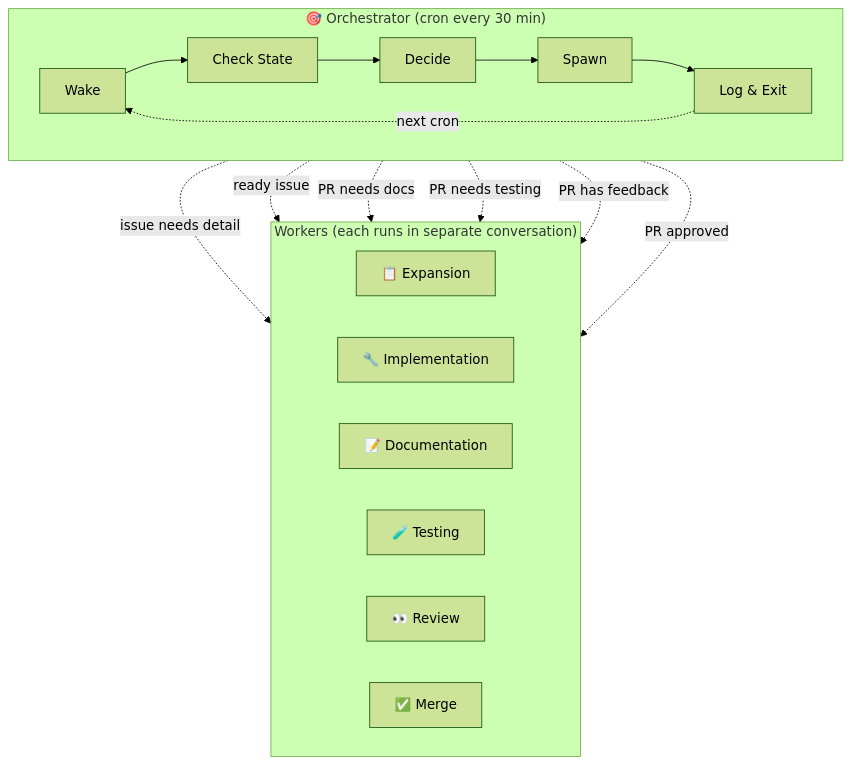
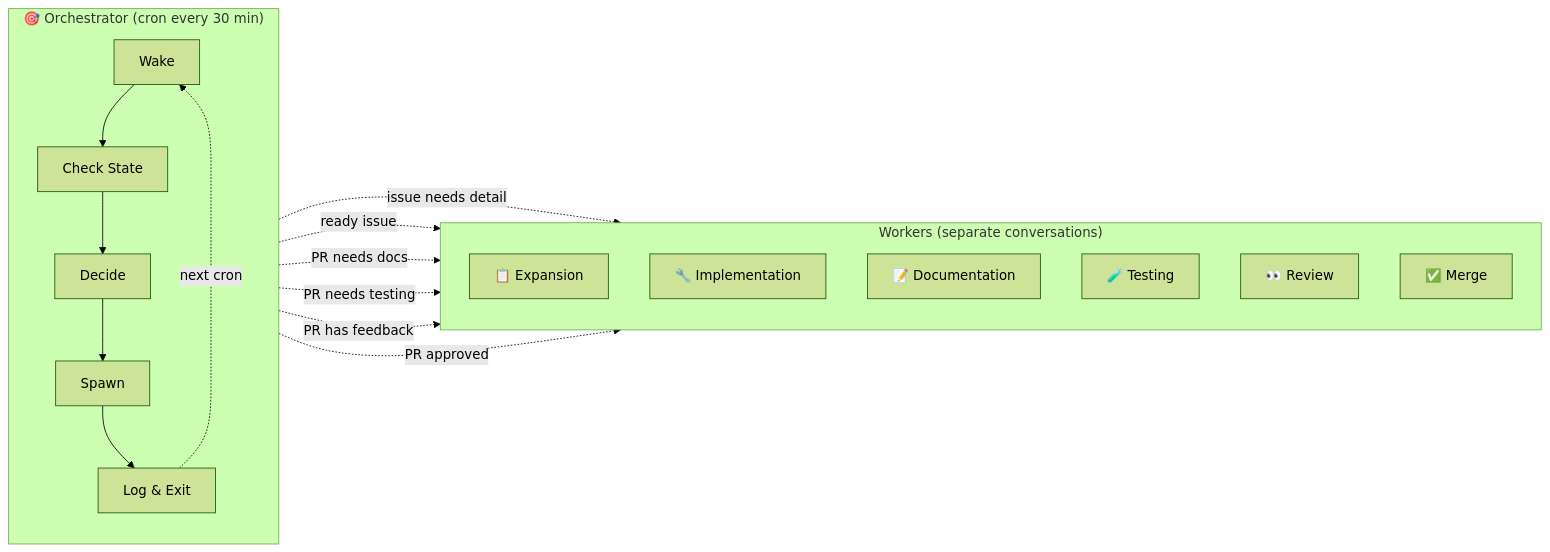
One commit to jpshackelford/.openhands changed the first of 3 diagrams in plugins/ohtv-workflow/README.md. Above: the diagram before and after it, drawn with Mermaid (forest theme).

Commit message:
fix: Orchestrator top-left, Workers right-bottom
- flowchart LR puts Orch left, Workers right
- direction TB inside each subgraph stacks items vertically
- Orch cycle flows top-to-bottom with cron loop
- Spawn connects to all workers on the right

````diff
--- a/plugins/ohtv-workflow/README.md
+++ b/plugins/ohtv-workflow/README.md
@@ -7,26 +7,30 @@
 ```mermaid
-flowchart TB
+flowchart LR
     subgraph Orch["🎯 Orchestrator (cron every 30 min)"]
-        direction LR
-        wake["Wake"] --> check["Check State"] --> decide["Decide"] --> spawn["Spawn"] --> log["Log & Exit"]
+        direction TB
+        wake["Wake"]
+        check["Check State"]
+        decide["Decide"]
+        spawn["Spawn"]
+        log["Log & Exit"]
+        wake --> check --> decide --> spawn --> log
+        log -.->|"next cron"| wake
     end
 
-    log -.->|"next cron"| wake
-
-    subgraph Workers["Workers (each runs in separate conversation)"]
-        direction LR
+    subgraph Workers["Workers (separate conversations)"]
+        direction TB
         exp["📋 Expansion"]
         imp["🔧 Implementation"]
         doc["📝 Documentation"]
         tst["🧪 Testing"]
         rev["👀 Review"]
         mrg["✅ Merge"]
     end
 
-    decide -.->|"issue needs detail"| exp
-    decide -.->|"ready issue"| imp
-    decide -.->|"PR needs docs"| doc
-    decide -.->|"PR needs testing"| tst
-    decide -.->|"PR has feedback"| rev
-    decide -.->|"PR approved"| mrg
+    spawn -.->|"issue needs detail"| exp
+    spawn -.->|"ready issue"| imp
+    spawn -.->|"PR needs docs"| doc
+    spawn -.->|"PR needs testing"| tst
+    spawn -.->|"PR has feedback"| rev
+    spawn -.->|"PR approved"| mrg
 ```
````
